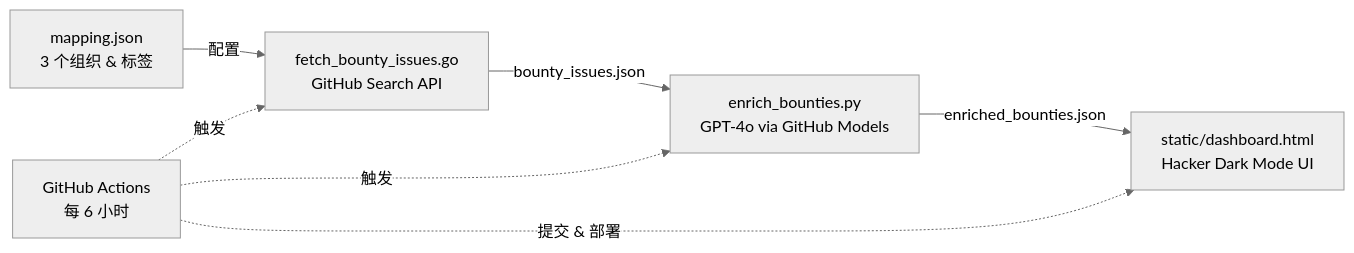
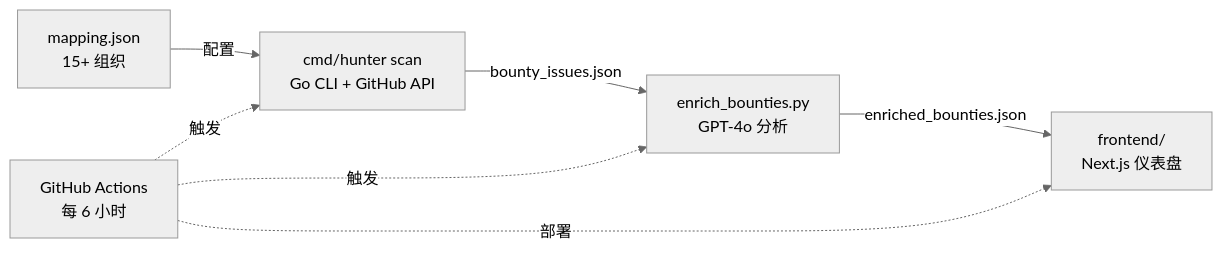
The diagram in README_CN.md (FuZoe/PD-Hunter), drawn with Mermaid (neutral theme) before and after one commit. The commit also changed other lines of this file and 52 other files, not shown here.

````diff
--- a/README_CN.md
+++ b/README_CN.md
@@ -50,9 +66,9 @@
 ```mermaid
 flowchart LR
-    A[mapping.json<br/>3 个组织 & 标签] -->|配置| B[fetch_bounty_issues.go<br/>GitHub Search API]
-    B -->|bounty_issues.json| C[enrich_bounties.py<br/>GPT-4o via GitHub Models]
-    C -->|enriched_bounties.json| D[static/dashboard.html<br/>Hacker Dark Mode UI]
+    A[mapping.json<br/>15+ 组织] -->|配置| B[cmd/hunter scan<br/>Go CLI + GitHub API]
+    B -->|bounty_issues.json| C[enrich_bounties.py<br/>GPT-4o 分析]
+    C -->|enriched_bounties.json| D[frontend/<br/>Next.js 仪表盘]
     E[GitHub Actions<br/>每 6 小时] -.->|触发| B
     E -.->|触发| C
-    E -.->|提交 & 部署| D
+    E -.->|部署| D
 ```
````
